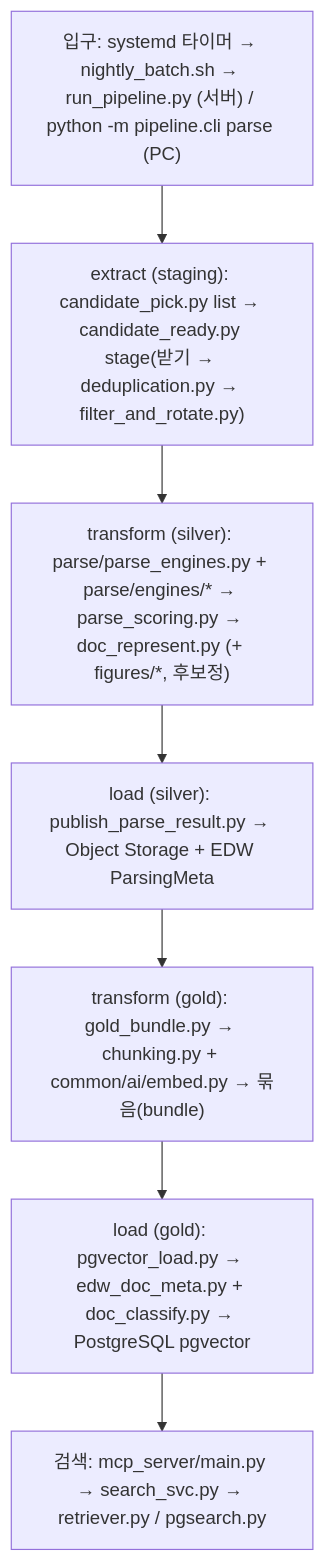
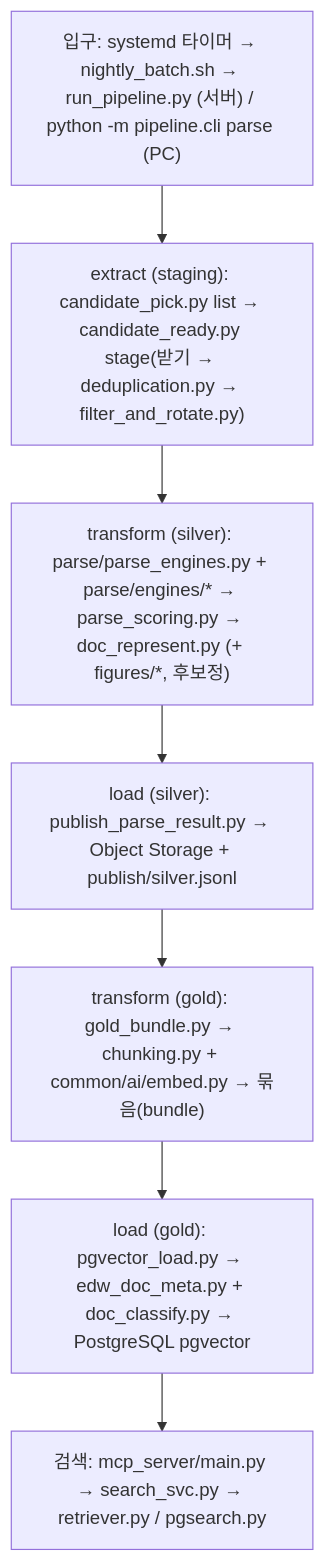
Before and after one commit to gigasamba/sbl_data_parsing: the first of 11 diagrams in docs/architecture/parse_flow.md, drawn with Mermaid. The commit also changed other lines of this file and 75 other files, not shown here.

````diff
--- a/docs/architecture/parse_flow.md
+++ b/docs/architecture/parse_flow.md
@@ -26,11 +26,11 @@
 ```mermaid
 flowchart TD
     A["입구: systemd 타이머 → nightly_batch.sh → run_pipeline.py (서버) / python -m pipeline.cli parse (PC)"]
     B["extract (staging): candidate_pick.py list → candidate_ready.py stage(받기 → deduplication.py → filter_and_rotate.py)"]
     C["transform (silver): parse/parse_engines.py + parse/engines/* → parse_scoring.py → doc_represent.py (+ figures/*, 후보정)"]
-    P["load (silver): publish_parse_result.py → Object Storage + EDW ParsingMeta"]
+    P["load (silver): publish_parse_result.py → Object Storage + publish/silver.jsonl"]
     D["transform (gold): gold_bundle.py → chunking.py + common/ai/embed.py → 묶음(bundle)"]
     E["load (gold): pgvector_load.py → edw_doc_meta.py + doc_classify.py → PostgreSQL pgvector"]
     F["검색: mcp_server/main.py → search_svc.py → retriever.py / pgsearch.py"]
     A --> B --> C --> P --> D --> E --> F
 ```
````
